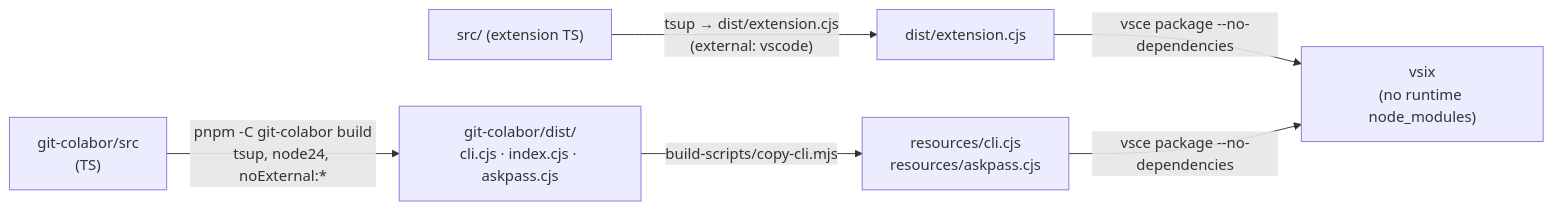
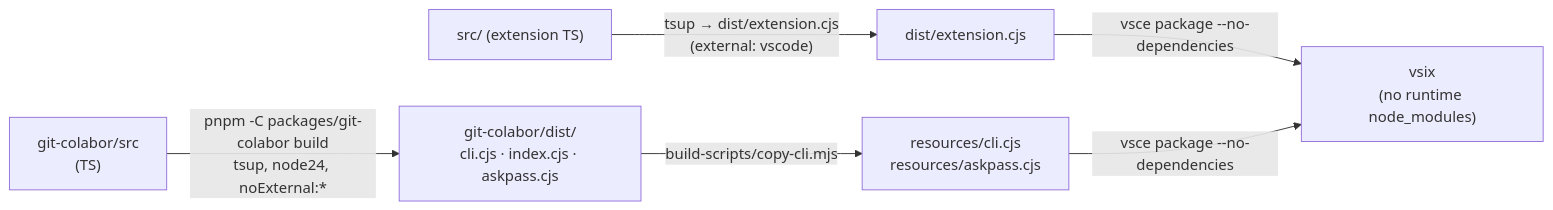
Before and after one commit to hnrobert/vscode-git-colabor: the third of 3 diagrams in docs/ARCHITECTURE.md, drawn with Mermaid. The commit also changed other lines of this file and 13 other files, not shown here.

````diff
--- a/docs/ARCHITECTURE.md
+++ b/docs/ARCHITECTURE.md
@@ -167,7 +167,7 @@
 ```mermaid
 flowchart LR
-    A["git-colabor/src<br/>(TS)"] -->|"pnpm -C git-colabor build<br/>tsup, node24, noExternal:*"| B["git-colabor/dist/<br/>cli.cjs · index.cjs · askpass.cjs"]
+    A["git-colabor/src<br/>(TS)"] -->|"pnpm -C packages/git-colabor build<br/>tsup, node24, noExternal:*"| B["git-colabor/dist/<br/>cli.cjs · index.cjs · askpass.cjs"]
     C["src/ (extension TS)"] -->|"tsup → dist/extension.cjs<br/>(external: vscode)"| D["dist/extension.cjs"]
     B -->|"build-scripts/copy-cli.mjs"| E["resources/cli.cjs<br/>resources/askpass.cjs"]
     D & E -->|"vsce package --no-dependencies"| F["vsix<br/>(no runtime node_modules)"]
 ```
````
